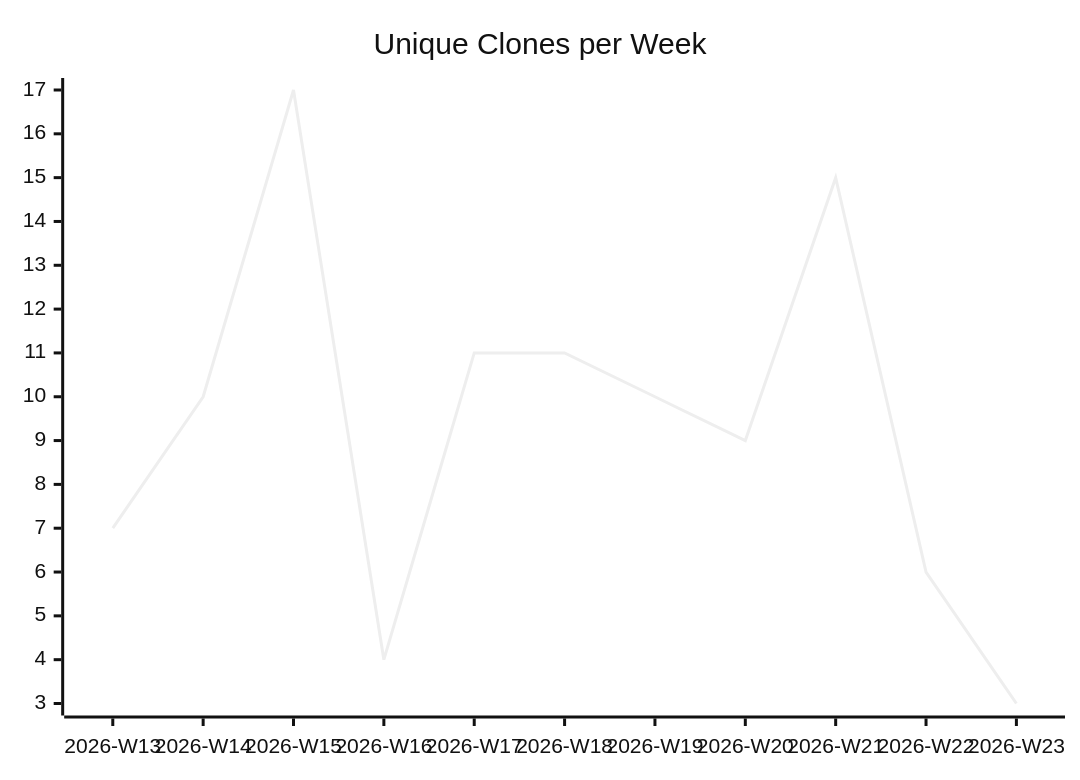
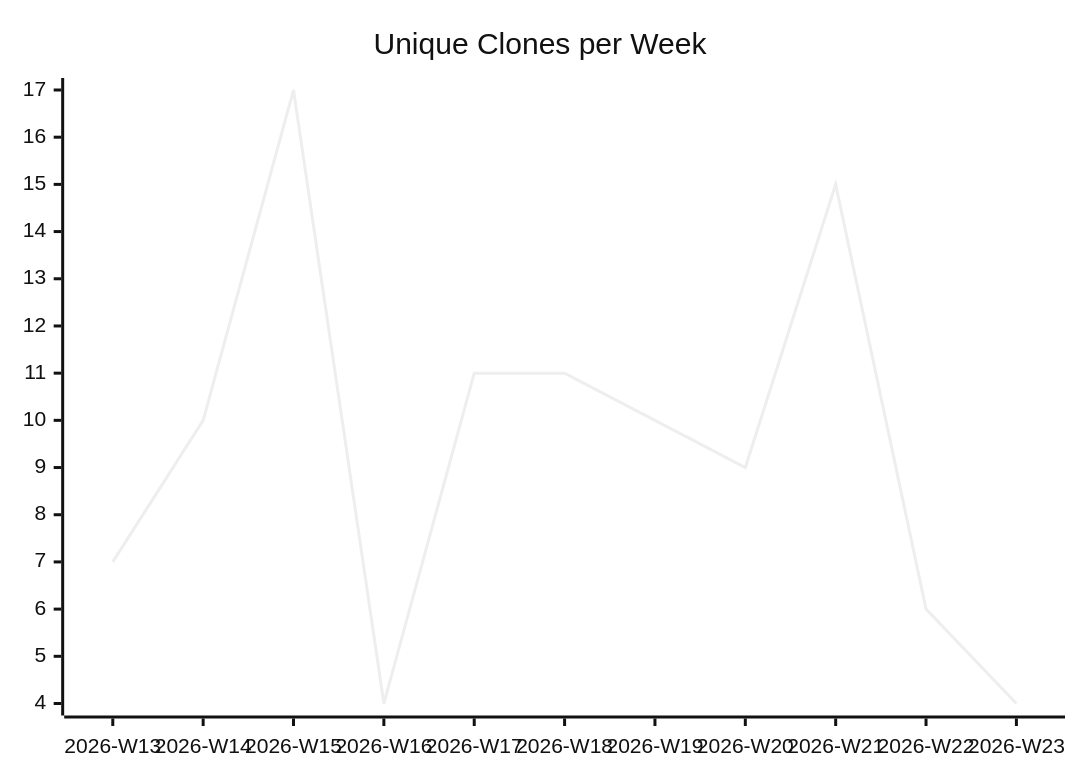
One commit to justdavis-family/github-analytics-data changed the third of 3 diagrams in karlmdavis/ksoap2-android/README.md. Above: the diagram before and after it, drawn with Mermaid (neutral theme). The commit also changed other lines of this file and 188 other files, not shown here.

````diff
--- a/karlmdavis/ksoap2-android/README.md
+++ b/karlmdavis/ksoap2-android/README.md
@@ -19,6 +19,6 @@
 ```mermaid
 xychart-beta
   title "Unique Clones per Week"
   x-axis ["2026-W13", "2026-W14", "2026-W15", "2026-W16", "2026-W17", "2026-W18", "2026-W19", "2026-W20", "2026-W21", "2026-W22", "2026-W23"]
-  line [7, 10, 17, 4, 11, 11, 10, 9, 15, 6, 3]
+  line [7, 10, 17, 4, 11, 11, 10, 9, 15, 6, 4]
 ```
````
